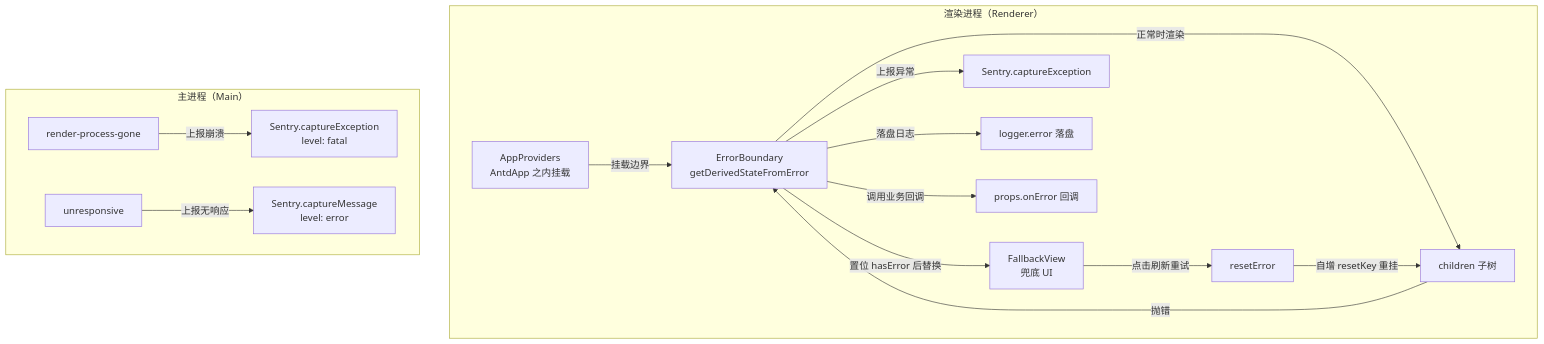
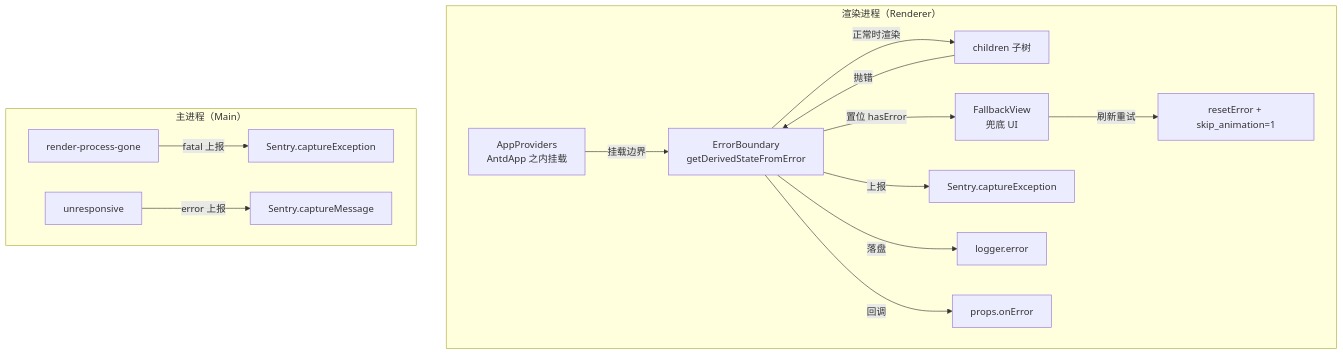
The diagram in packages/docs/src/pages/ui/error-boundary.md (BanShan-Alec/electron-react-monorepo-template), drawn with Mermaid before and after one commit. The commit also changed other lines of this file and 82 other files, not shown here.

````diff
--- a/packages/docs/src/pages/ui/error-boundary.md
+++ b/packages/docs/src/pages/ui/error-boundary.md
@@ -21,30 +24,17 @@
 ```mermaid
 flowchart TB
     subgraph renderer["渲染进程（Renderer）"]
-        AP["AppProviders<br/>AntdApp 之内挂载"]
-        CH["children 子树"]
-        EDB["ErrorBoundary<br/>getDerivedStateFromError"]
-        FV["FallbackView<br/>兜底 UI"]
-        RST["resetError"]
-        S1["Sentry.captureException"]
-        L1["logger.error 落盘"]
-        CB["props.onError 回调"]
-        AP -->|"挂载边界"| EDB
-        EDB -->|"正常时渲染"| CH
+        AP["AppProviders<br/>AntdApp 之内挂载"] -->|"挂载边界"| EDB["ErrorBoundary<br/>getDerivedStateFromError"]
+        EDB -->|"正常时渲染"| CH["children 子树"]
         CH -->|"抛错"| EDB
-        EDB -->|"置位 hasError 后替换"| FV
-        EDB -->|"上报异常"| S1
-        EDB -->|"落盘日志"| L1
-        EDB -->|"调用业务回调"| CB
-        FV -->|"点击刷新重试"| RST
-        RST -->|"自增 resetKey 重挂"| CH
+        EDB -->|"置位 hasError"| FV["FallbackView<br/>兜底 UI"]
+        EDB -->|"上报"| S1["Sentry.captureException"]
+        EDB -->|"落盘"| L1["logger.error"]
+        EDB -->|"回调"| CB["props.onError"]
+        FV -->|"刷新重试"| RST["resetError + skip_animation=1"]
     end
     subgraph main["主进程（Main）"]
-        RPG["render-process-gone"]
-        UNR["unresponsive"]
-        MSF["Sentry.captureException<br/>level: fatal"]
-        MSU["Sentry.captureMessage<br/>level: error"]
-        RPG -->|"上报崩溃"| MSF
-        UNR -->|"上报无响应"| MSU
+        RPG["render-process-gone"] -->|"fatal 上报"| MSF["Sentry.captureException"]
+        UNR["unresponsive"] -->|"error 上报"| MSU["Sentry.captureMessage"]
     end
 ```
````
